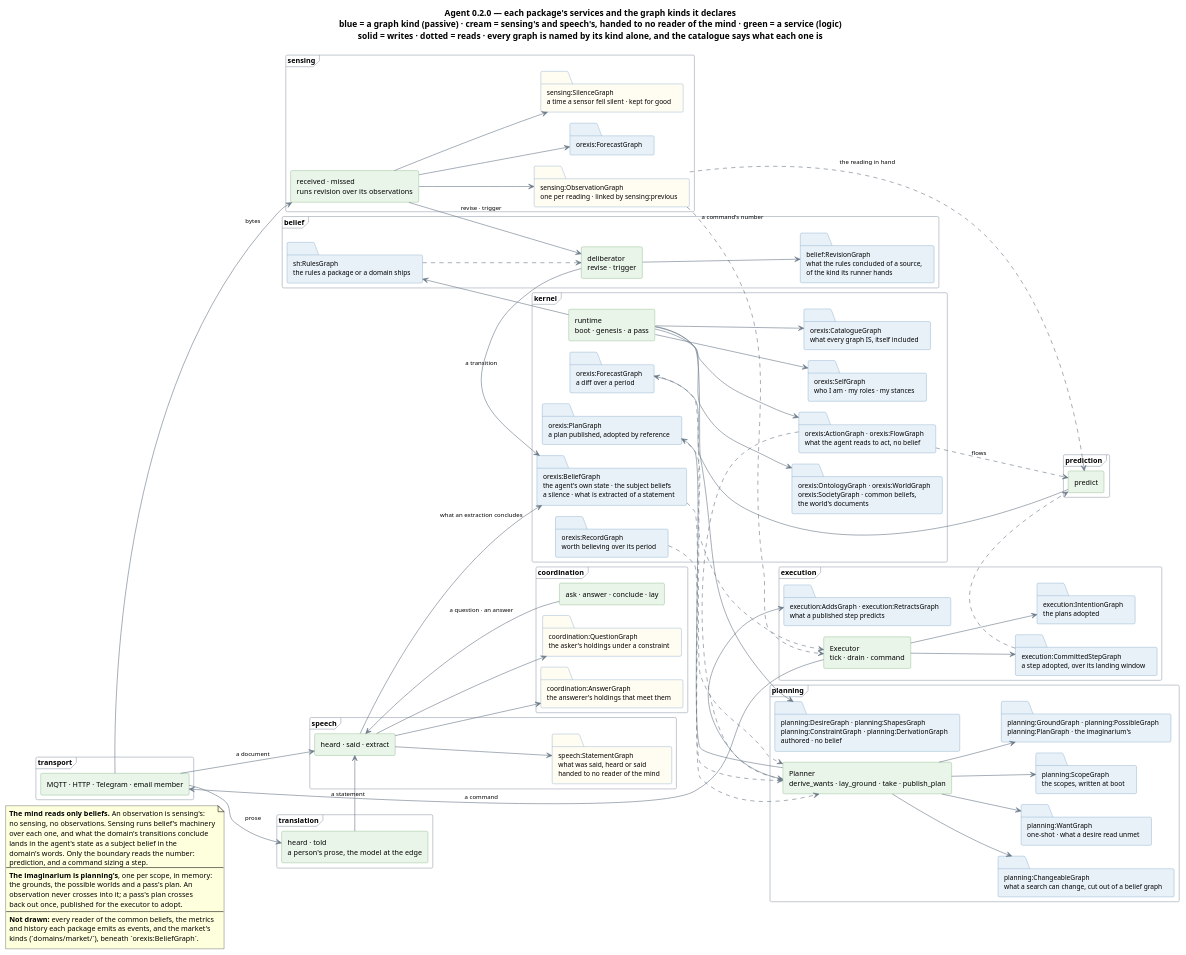
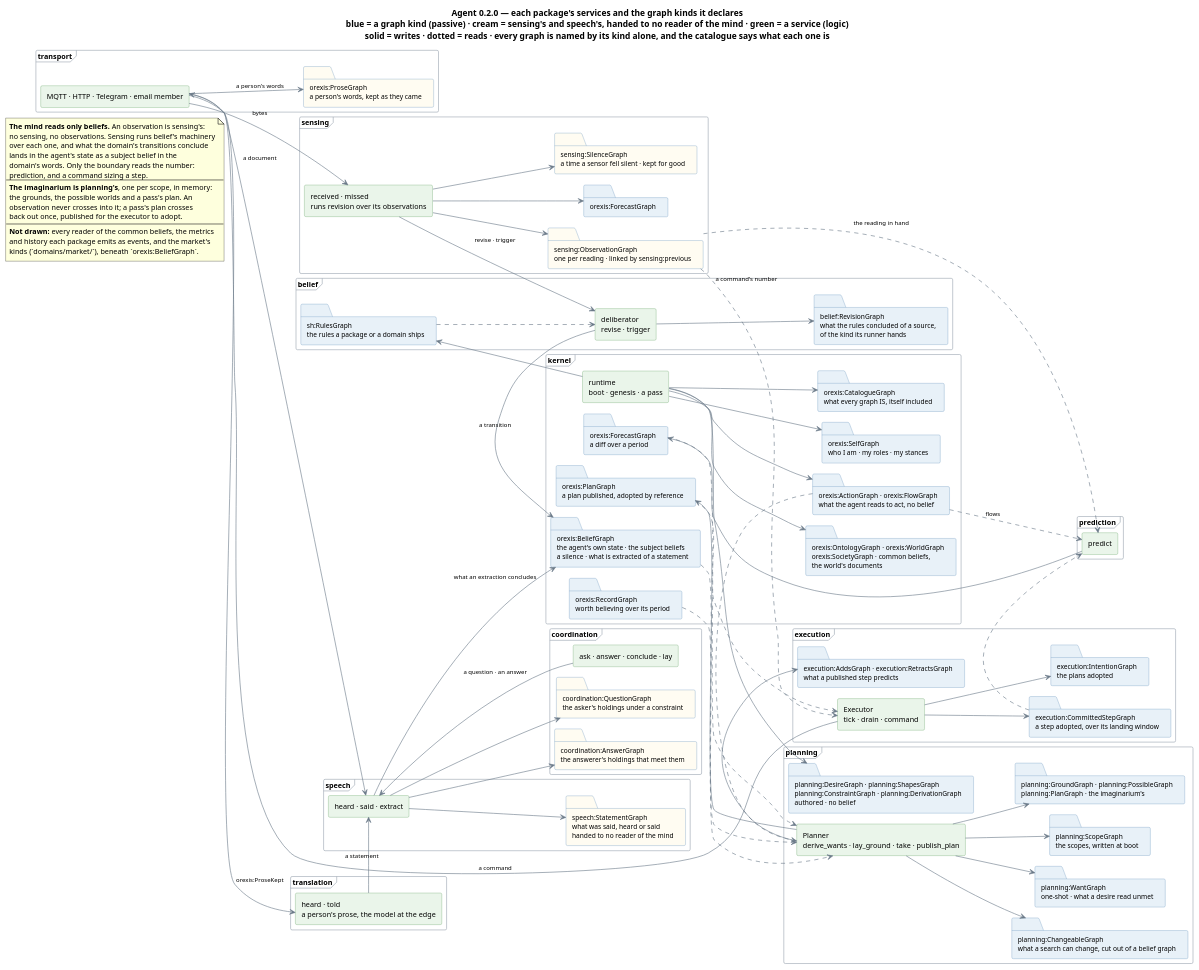
The diagram in knowledge/diagrams/agent-structure.puml (ShishkinDmitriy/orexis), drawn with PlantUML before and after one commit. The commit also changed 14 other files, not shown here.

```diff
--- a/knowledge/diagrams/agent-structure.puml
+++ b/knowledge/diagrams/agent-structure.puml
@@ -1,154 +1,156 @@
 @startuml agent-structure
 !pragma layout smetana
 title Agent 0.2.0 — each package's services and the graph kinds it declares\nblue = a graph kind (passive) · cream = sensing's and speech's, handed to no reader of the mind · green = a service (logic)\nsolid = writes · dotted = reads · every graph is named by its kind alone, and the catalogue says what each one is
 
 left to right direction
 skinparam componentStyle rectangle
 skinparam shadowing false
 skinparam defaultFontSize 12
 skinparam titleFontSize 14
 skinparam ArrowFontSize 10
 skinparam ArrowColor #6B7A88
 skinparam folder {
   BackgroundColor #E8F1F8
   BorderColor #5B8DB8
   FontSize 11
 }
 skinparam component {
   BackgroundColor #EAF5EA
   BorderColor #5E9E5E
 }
 skinparam frame {
   BorderColor #9AA5B1
   FontSize 12
 }
 
 frame "transport" {
   component "MQTT · HTTP · Telegram · email member" as TR
+  folder "orexis:ProseGraph\na person's words, kept as they came" as prs #FFFCF2
 }
 
 frame "sensing" {
   component "received · missed\nruns revision over its observations" as SEN
   folder "sensing:ObservationGraph\none per reading · linked by sensing:previous" as obs #FFFCF2
   folder "orexis:ForecastGraph" as fc
   folder "sensing:SilenceGraph\na time a sensor fell silent · kept for good" as sil #FFFCF2
 }
 
 frame "speech" {
   component "heard · said · extract" as SP
   folder "speech:StatementGraph\nwhat was said, heard or said\nhanded to no reader of the mind" as utt #FFFCF2
 }
 
 frame "translation" {
   component "heard · told\na person's prose, the model at the edge" as TRL
 }
 
 frame "coordination" {
   component "ask · answer · conclude · lay" as CO
   folder "coordination:QuestionGraph\nthe asker's holdings under a constraint" as que #FFFCF2
   folder "coordination:AnswerGraph\nthe answerer's holdings that meet them" as ans #FFFCF2
 }
 
 frame "belief" {
   component "deliberator\nrevise · trigger" as DEL
   folder "belief:RevisionGraph\nwhat the rules concluded of a source,\nof the kind its runner hands" as rev
   folder "sh:RulesGraph\nthe rules a package or a domain ships" as rules
 }
 
 frame "kernel" {
   component "runtime\nboot · genesis · a pass" as RT
   folder "orexis:CatalogueGraph\nwhat every graph IS, itself included" as cat
   folder "orexis:OntologyGraph · orexis:WorldGraph\norexis:SocietyGraph · common beliefs,\nthe world's documents" as pub
   folder "orexis:ActionGraph · orexis:FlowGraph\nwhat the agent reads to act, no belief" as acts
   folder "orexis:SelfGraph\nwho I am · my roles · my stances" as self
   folder "orexis:BeliefGraph\nthe agent's own state · the subject beliefs\na silence · what is extracted of a statement" as st
   folder "orexis:ForecastGraph\na diff over a period" as pr
   folder "orexis:PlanGraph\na plan published, adopted by reference" as plan
   folder "orexis:RecordGraph\nworth believing over its period" as rec
 }
 
 frame "prediction" {
   component "predict" as PRE
 }
 
 frame "planning" {
   component "Planner\nderive_wants · lay_ground · take · publish_plan" as PL
   folder "planning:DesireGraph · planning:ShapesGraph\nplanning:ConstraintGraph · planning:DerivationGraph\nauthored · no belief" as des
   folder "planning:WantGraph\none-shot · what a desire read unmet" as want
   folder "planning:ScopeGraph\nthe scopes, written at boot" as scope
   folder "planning:GroundGraph · planning:PossibleGraph\nplanning:PlanGraph · the imaginarium's" as img
   folder "planning:ChangeableGraph\nwhat a search can change, cut out of a belief graph" as cut
 }
 
 frame "execution" {
   component "Executor\ntick · drain · command" as EX
   folder "execution:IntentionGraph\nthe plans adopted" as int
   folder "execution:CommittedStepGraph\na step adopted, over its landing window" as cs
   folder "execution:AddsGraph · execution:RetractsGraph\nwhat a published step predicts" as diff
 }
 
 ' ───────────────────────── who writes what ─────────────────────────
 
 RT  --> cat
 RT  --> pub
 RT  --> acts
 RT  --> self
 RT  --> des
 RT  --> rules
-TR  --> TRL : prose
+TR  --> prs : a person's words
+TR  --> TRL : orexis:ProseKept
 TRL --> SP : a statement
 TR  --> SEN : bytes
 TR  --> SP : a document
 SEN --> obs
 SEN --> fc
 SEN --> sil
 SEN --> DEL : revise · trigger
 DEL --> rev
 DEL --> st : a transition
 SP  --> utt
 SP  --> st : what an extraction concludes
 CO  --> SP : a question · an answer
 SP  --> que
 SP  --> ans
 PRE --> pr
 PL  --> scope
 PL  --> want
 PL  --> img
 PL  --> cut
 PL  --> plan
 PL  --> diff
 EX  --> int
 EX  --> cs
 EX  --> TR : a command
 
 ' ───────────────────────── who reads what ─────────────────────────
 
 obs ..> PRE : the reading in hand
 obs ..> EX : a command's number
 cs  ..> PRE
 st  ..> PL
 pr  ..> PL
 rec ..> PL
 plan ..> EX
 rules ..> DEL
 acts ..> PL
 acts ..> PRE : flows
 
 note as N1
   **The mind reads only beliefs.** An observation is sensing's:
   no sensing, no observations. Sensing runs belief's machinery
   over each one, and what the domain's transitions conclude
   lands in the agent's state as a subject belief in the
   domain's words. Only the boundary reads the number:
   prediction, and a command sizing a step.
   ----
   **The imaginarium is planning's**, one per scope, in memory:
   the grounds, the possible worlds and a pass's plan. An
   observation never crosses into it; a pass's plan crosses
   back out once, published for the executor to adopt.
   ----
   **Not drawn:** every reader of the common beliefs, the metrics
   and history each package emits as events, and the market's
   kinds (`domains/market/`), beneath `orexis:BeliefGraph`.
 end note
 @enduml
```
